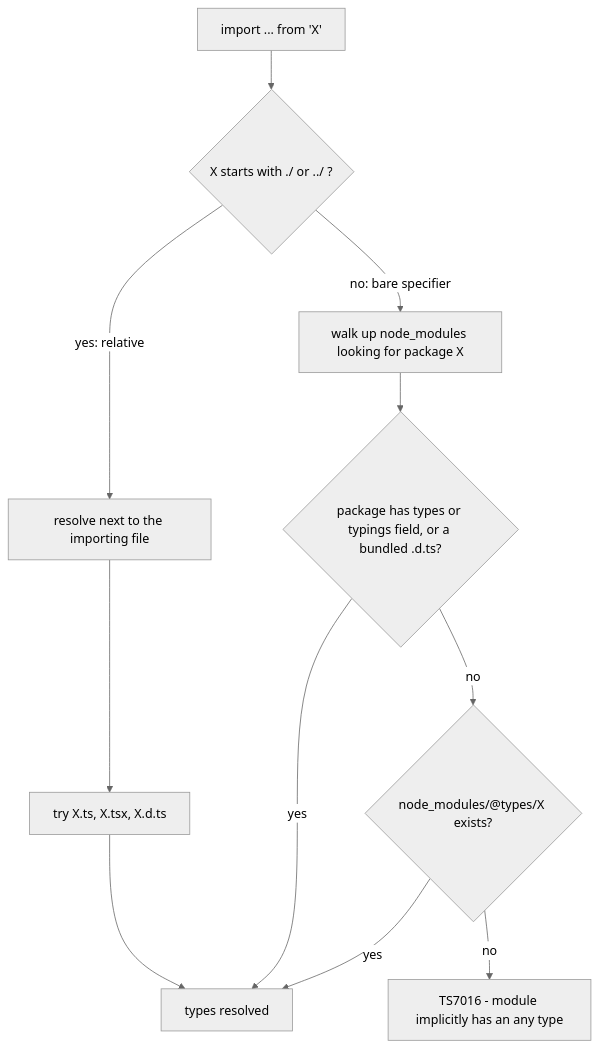
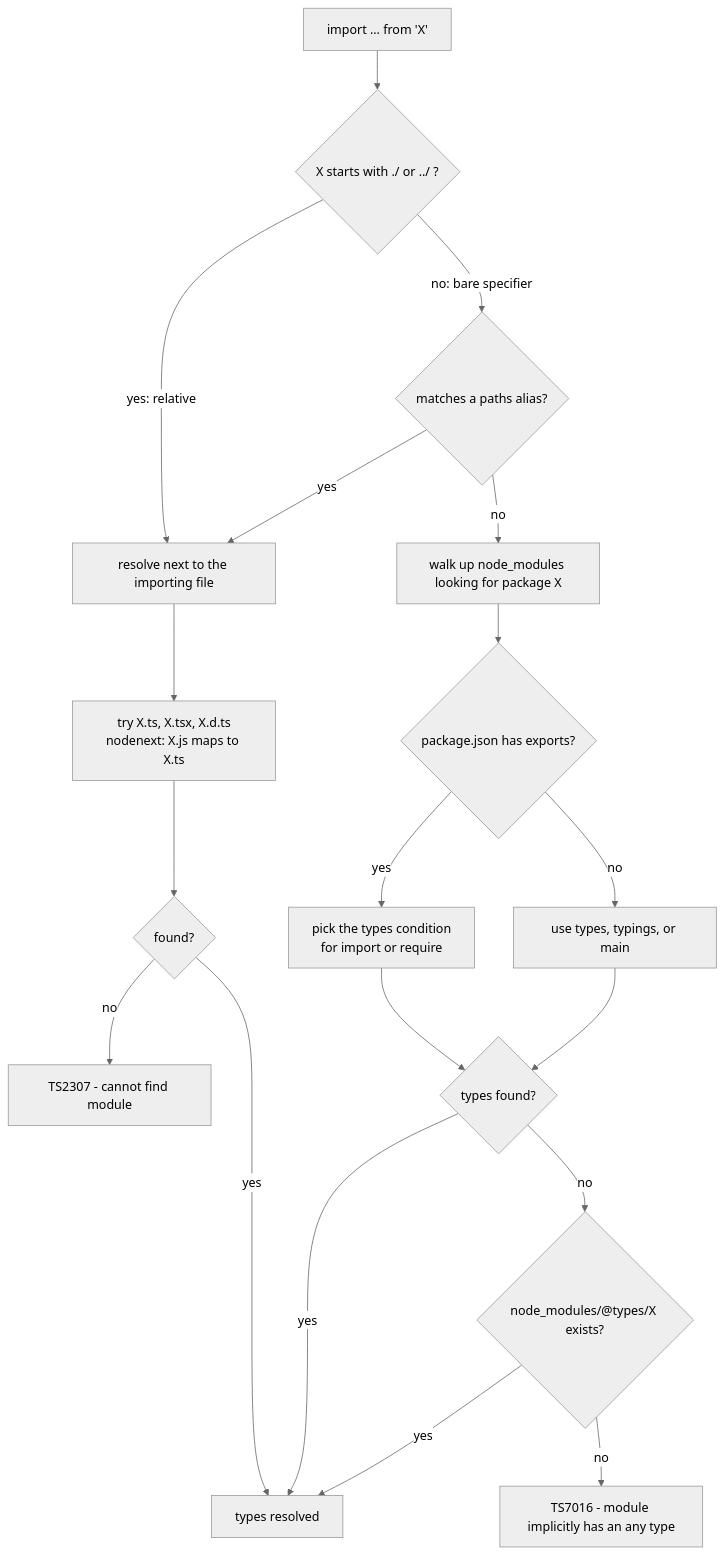
One commit to cheer-cho/LearningCourse--TypeScript--build-by-Claude-Code changed diagram 11 of 12 in 09-modules-organization/LESSON.md. Above: the diagram before and after it, drawn with Mermaid (neutral theme). The commit also changed other lines of this file and 79 other files, not shown here.

````diff
--- a/09-modules-organization/LESSON.md
+++ b/09-modules-organization/LESSON.md
@@ -69,13 +885,21 @@
 ```mermaid
 flowchart TD
     A["import ... from 'X'"] --> B{"X starts with ./ or ../ ?"}
     B -- "yes: relative" --> R["resolve next to the importing file"]
-    R --> R1["try X.ts, X.tsx, X.d.ts"]
-    R1 --> OK["types resolved"]
-    B -- "no: bare specifier" --> N["walk up node_modules looking for package X"]
-    N --> N1{"package has types or typings field, or a bundled .d.ts?"}
-    N1 -- "yes" --> OK
-    N1 -- "no" --> N2{"node_modules/@types/X exists?"}
-    N2 -- "yes" --> OK
-    N2 -- "no" --> ERR["TS7016 - module implicitly has an any type"]
+    R --> R1["try X.ts, X.tsx, X.d.ts<br/>nodenext: X.js maps to X.ts"]
+    R1 --> R2{"found?"}
+    R2 -- "yes" --> OK["types resolved"]
+    R2 -- "no" --> E1["TS2307 - cannot find module"]
+    B -- "no: bare specifier" --> P{"matches a paths alias?"}
+    P -- "yes" --> R
+    P -- "no" --> N["walk up node_modules looking for package X"]
+    N --> N0{"package.json has exports?"}
+    N0 -- "yes" --> N1["pick the types condition<br/>for import or require"]
+    N0 -- "no" --> N2["use types, typings, or main"]
+    N1 --> N3{"types found?"}
+    N2 --> N3
+    N3 -- "yes" --> OK
+    N3 -- "no" --> N4{"node_modules/@types/X exists?"}
+    N4 -- "yes" --> OK
+    N4 -- "no" --> ERR["TS7016 - module implicitly has an any type"]
 ```
````
